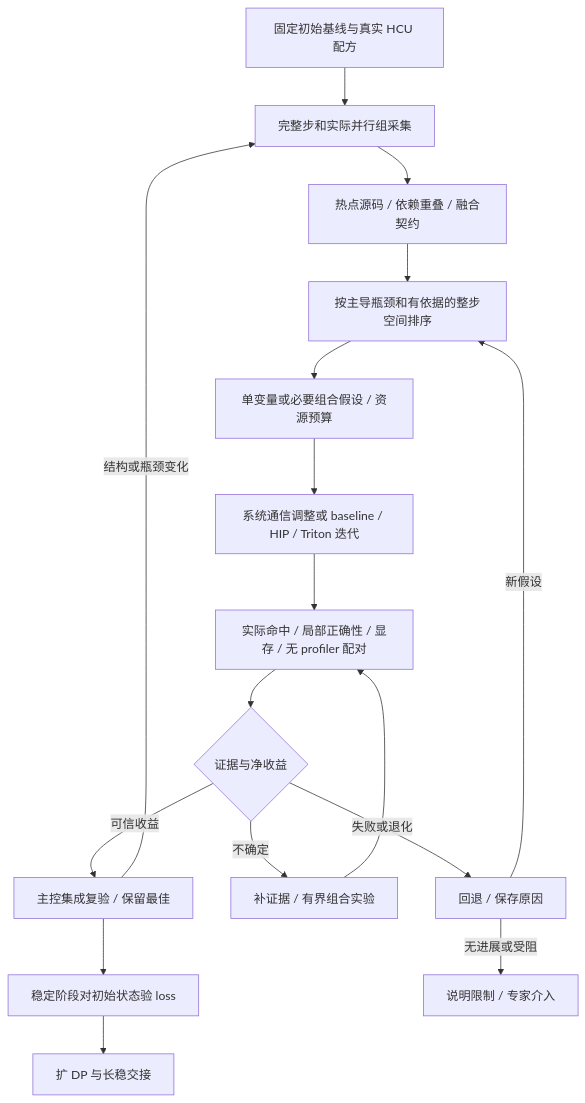
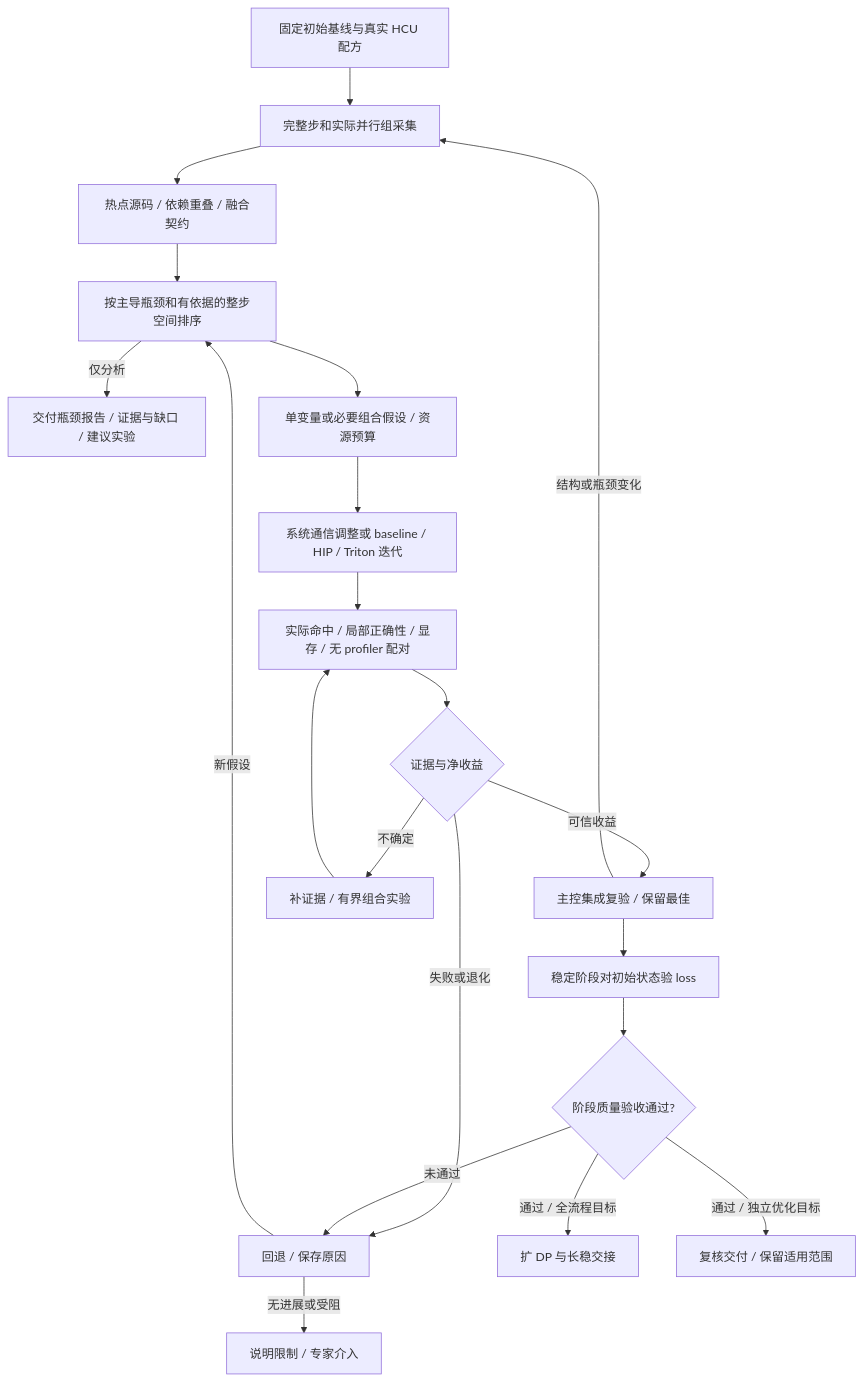
One commit to yuguo-Jack/HCU-TrainFlow changed the diagram in docs/practices/performance-methods.md. Above: the diagram before and after it, drawn with Mermaid. The commit also changed 24 other files, not shown here.

````diff
--- a/docs/practices/performance-methods.md
+++ b/docs/practices/performance-methods.md
@@ -50,19 +50,23 @@
 ```mermaid
 flowchart TD
     A[固定初始基线与真实 HCU 配方] --> B[完整步和实际并行组采集]
     B --> C[热点源码 / 依赖重叠 / 融合契约]
     C --> D[按主导瓶颈和有依据的整步空间排序]
+    D -->|仅分析| O[交付瓶颈报告 / 证据与缺口 / 建议实验]
     D --> E[单变量或必要组合假设 / 资源预算]
     E --> F[系统通信调整或 baseline / HIP / Triton 迭代]
     F --> G[实际命中 / 局部正确性 / 显存 / 无 profiler 配对]
     G --> H{证据与净收益}
     H -->|可信收益| I[主控集成复验 / 保留最佳]
     H -->|不确定| J[补证据 / 有界组合实验]
     H -->|失败或退化| K[回退 / 保存原因]
     I --> L[稳定阶段对初始状态验 loss]
     I -->|结构或瓶颈变化| B
     J --> G
     K -->|新假设| D
     K -->|无进展或受阻| M[说明限制 / 专家介入]
-    L --> N[扩 DP 与长稳交接]
+    L --> N{阶段质量验收通过?}
+    N -->|未通过| K
+    N -->|通过 / 全流程目标| P[扩 DP 与长稳交接]
+    N -->|通过 / 独立优化目标| Q[复核交付 / 保留适用范围]
 ```
````
